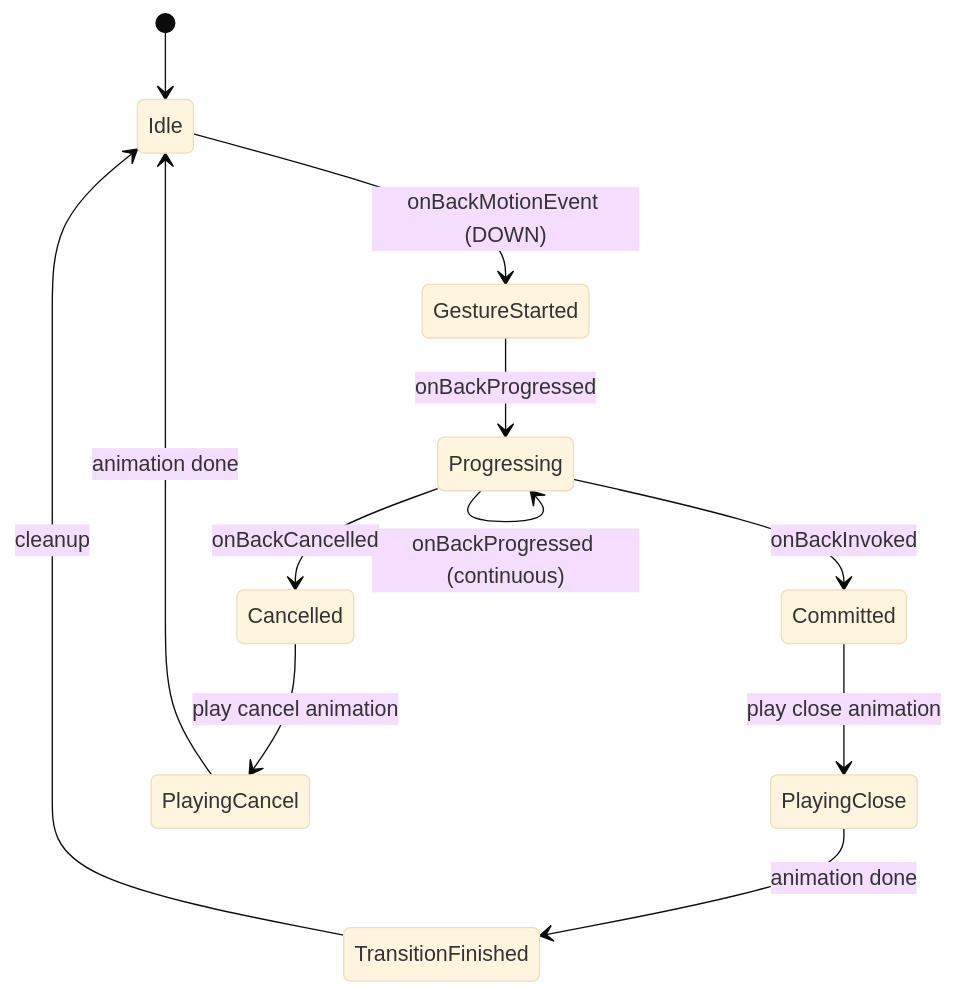
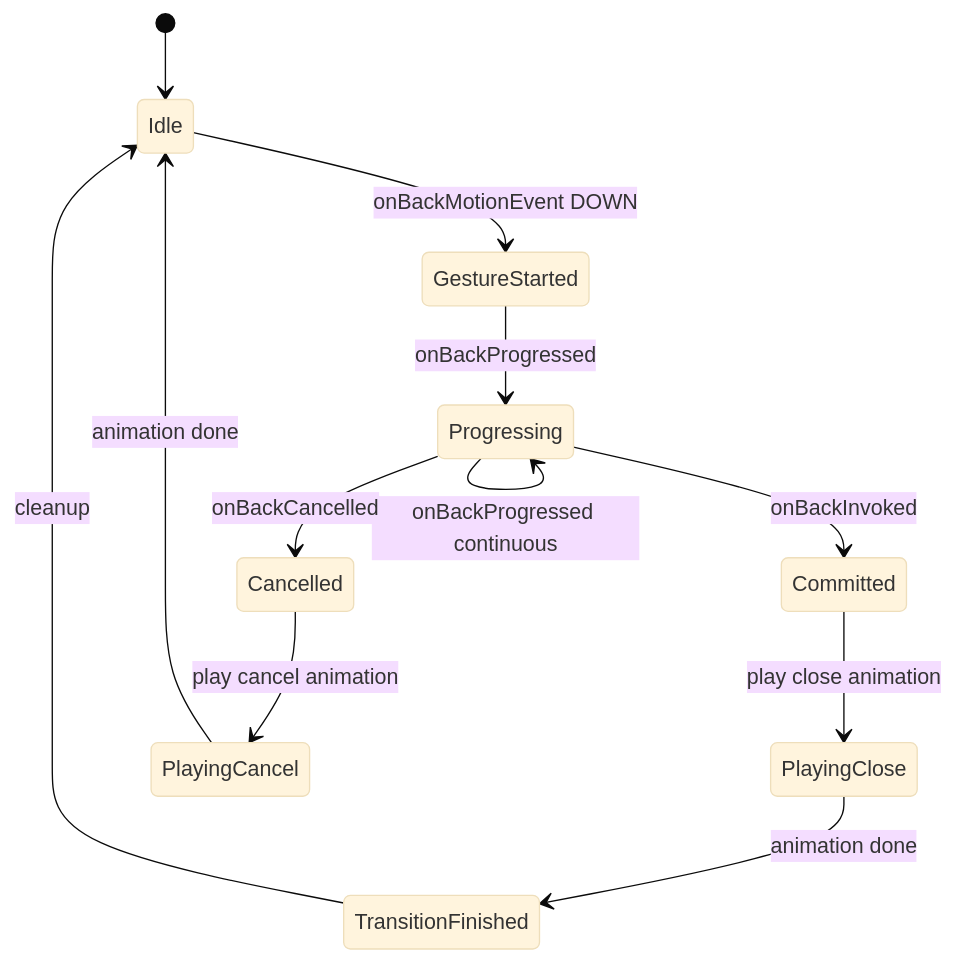
Diagram 26 of 46 in 14-animation-system.md (fwrite0920/aosp-internal-book), drawn with Mermaid (base theme) before and after one commit. The commit also changed other lines of this file and 8 other files, not shown here.

First line of the commit message:
Fix Mermaid diagrams and formatting in Parts III-IV (chapters 8-16)

````diff
--- a/14-animation-system.md
+++ b/14-animation-system.md
@@ -2483,14 +2483,14 @@
 ```mermaid
 stateDiagram-v2
     [*] --> Idle
-    Idle --> GestureStarted: onBackMotionEvent (DOWN)
+    Idle --> GestureStarted: onBackMotionEvent DOWN
     GestureStarted --> Progressing: onBackProgressed
-    Progressing --> Progressing: onBackProgressed (continuous)
+    Progressing --> Progressing: onBackProgressed continuous
     Progressing --> Committed: onBackInvoked
     Progressing --> Cancelled: onBackCancelled
     Committed --> PlayingClose: play close animation
     Cancelled --> PlayingCancel: play cancel animation
     PlayingClose --> TransitionFinished: animation done
     PlayingCancel --> Idle: animation done
     TransitionFinished --> Idle: cleanup
 ```
````
